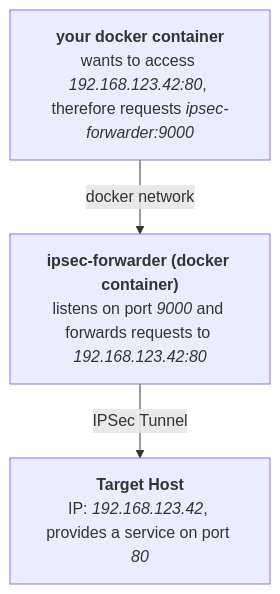
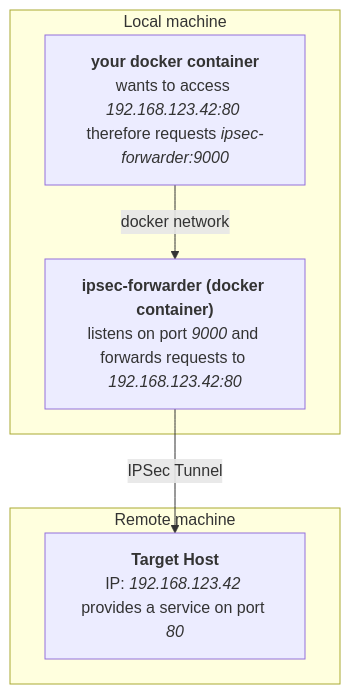
One commit to knrdl/ipsec-forwarder changed the diagram in README.md. Above: the diagram before and after it, drawn with Mermaid. The commit also changed other lines of this file, not shown here.

````diff
--- a/README.md
+++ b/README.md
@@ -7,9 +7,16 @@
 ```mermaid
 graph TB
-a[<b>your docker container</b><br>wants to access <i>192.168.123.42:80</i>, therefore requests <i>ipsec-forwarder:9000</i>]
+a[<b>your docker container</b><br>wants to access <i>192.168.123.42:80</i> therefore requests <i>ipsec-forwarder:9000</i>]
 b["<b>ipsec-forwarder (docker container)</b><br>listens on port <i>9000</i> and forwards requests to <i>192.168.123.42:80</i>"]
-c[<b>Target Host</b><br>IP: <i>192.168.123.42</i>, provides a service on port <i>80</i>]
+c[<b>Target Host</b><br>IP: <i>192.168.123.42</i> provides a service on port <i>80</i>]
 
+subgraph Local machine
 a-->|docker network| b
+end
+
+subgraph Remote machine
+c
+end
+
 b-->|IPSec Tunnel| c
 ```
````
